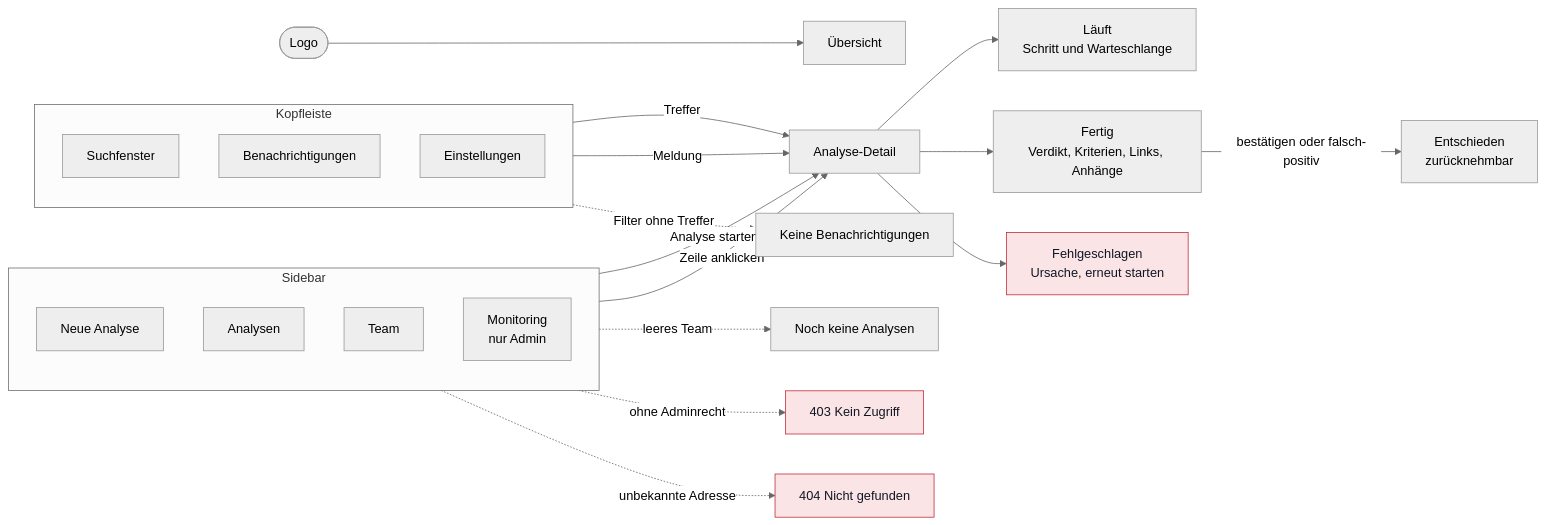
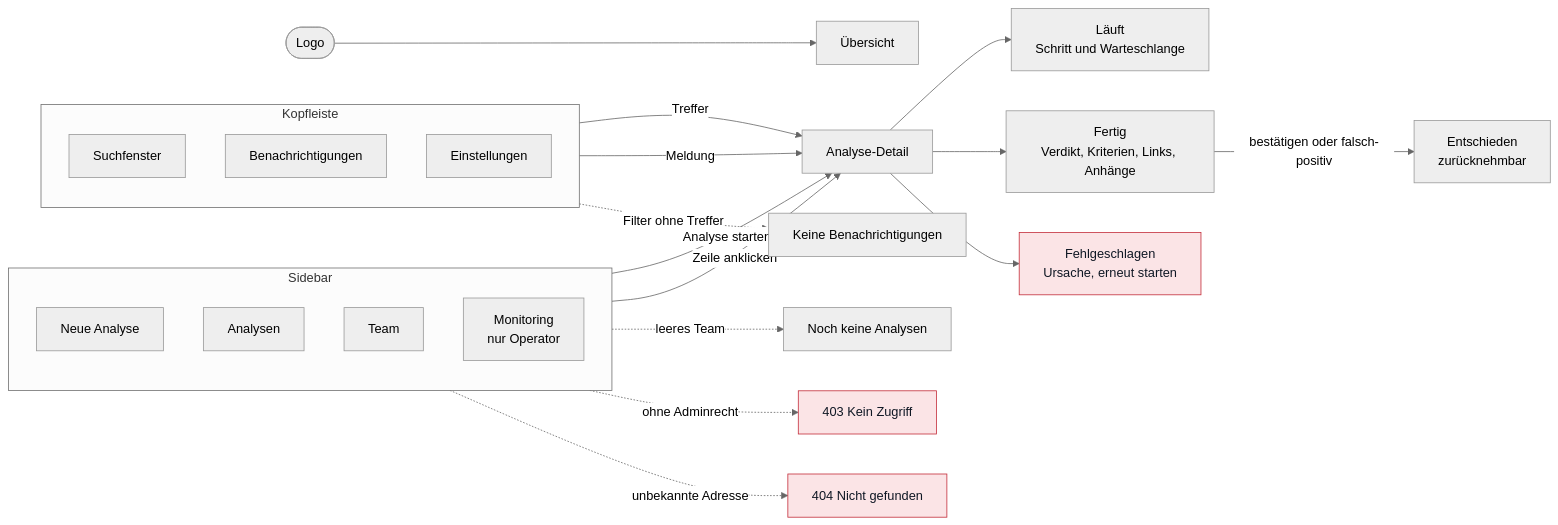
Before and after one commit to teamphive/phisheye: the second of 2 diagrams in docs/site-structure.md, drawn with Mermaid (neutral theme). The commit also changed 2 other files, not shown here.

Commit message:
docs: align api with storage, monitoring split and deletion policy (#24)

````diff
--- a/docs/site-structure.md
+++ b/docs/site-structure.md
@@ -27,37 +27,37 @@
 ```mermaid
 flowchart LR
   logo([Logo]) --> ov["Übersicht"]
 
   subgraph side["Sidebar"]
     direction TB
     neu["Neue Analyse"]
     liste["Analysen"]
     team["Team"]
-    mon["Monitoring<br>nur Admin"]
+    mon["Monitoring<br>nur Operator"]
   end
 
   subgraph top["Kopfleiste"]
     direction TB
     suche["Suchfenster"]
     glocke["Benachrichtigungen"]
     profil["Einstellungen"]
   end
 
   neu -->|Analyse starten| detail["Analyse-Detail"]
   liste -->|Zeile anklicken| detail
   suche -->|Treffer| detail
   glocke -->|Meldung| detail
 
   detail --> laeuft["Läuft<br>Schritt und Warteschlange"]
   detail --> fertig["Fertig<br>Verdikt, Kriterien, Links, Anhänge"]
   detail --> fehler["Fehlgeschlagen<br>Ursache, erneut starten"]
   fertig -->|bestätigen oder falsch-positiv| ents["Entschieden<br>zurücknehmbar"]
 
   liste -.->|leeres Team| keine["Noch keine Analysen"]
   glocke -.->|Filter ohne Treffer| keineN["Keine Benachrichtigungen"]
   mon -.->|ohne Adminrecht| e403["403 Kein Zugriff"]
   liste -.->|unbekannte Adresse| e404["404 Nicht gefunden"]
 
   classDef fehlerhaft fill:#FBE4E6,stroke:#C42E3B,color:#0F1724
   class e403,e404,fehler fehlerhaft
 ```
````
